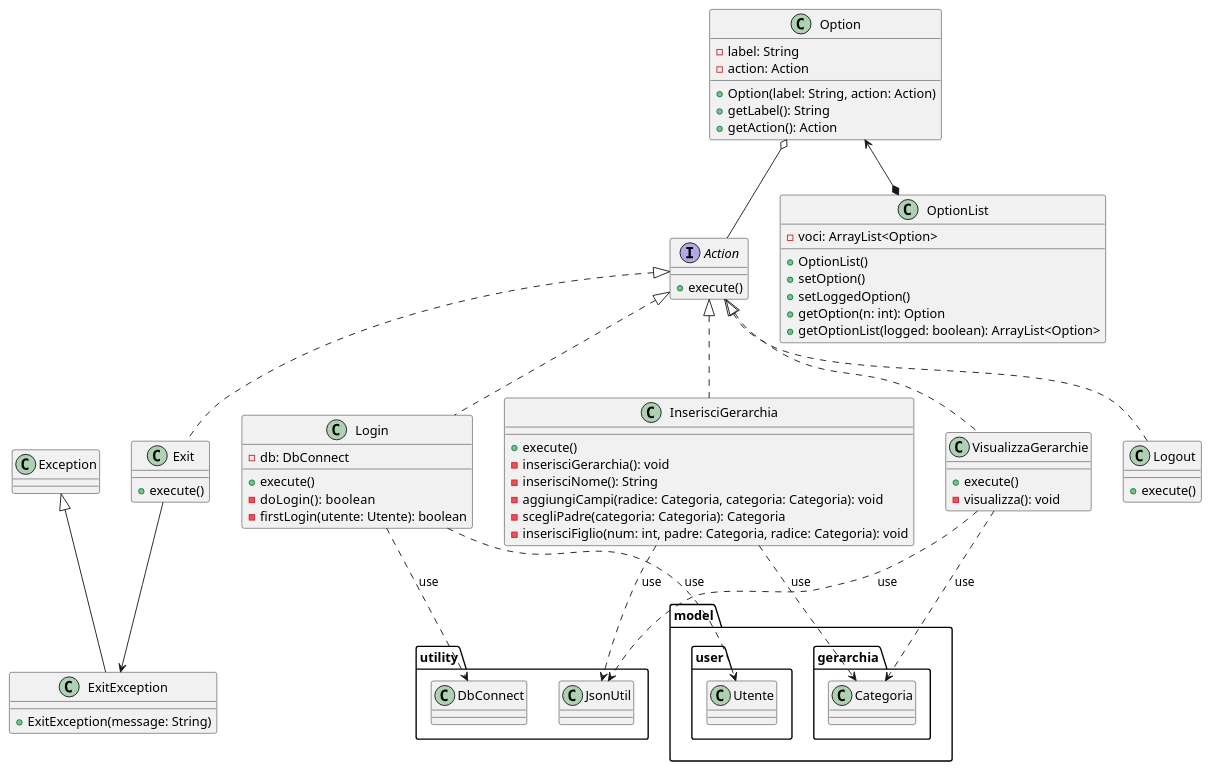
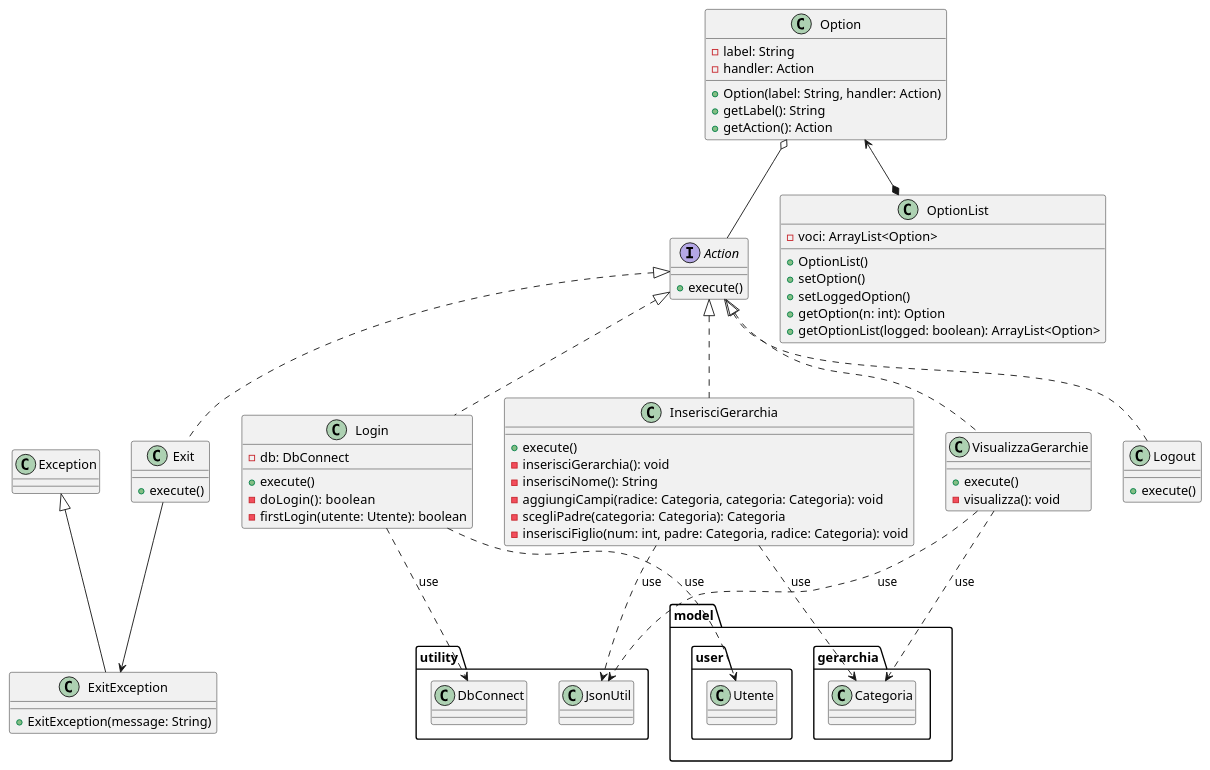
One commit to bernagit/IngegneriaSoftware changed the diagram in Documentation/Ver1/controller.puml. Above: the diagram before and after it, drawn with PlantUML. The commit also changed 28 other files, not shown here.

```diff
--- a/Documentation/Ver1/controller.puml
+++ b/Documentation/Ver1/controller.puml
@@ -1,70 +1,70 @@
 @startuml controller
 
 interface Action{
     +execute()
 }
 
 class Option{
     -label: String
-    -action: Action
-    +Option(label: String, action: Action)
+    -handler: Action
+    +Option(label: String, handler: Action)
     +getLabel(): String
     +getAction(): Action
 }
 
 class OptionList{
     -voci: ArrayList<Option>
     +OptionList()
     +setOption()
     +setLoggedOption()
     +getOption(n: int): Option
     +getOptionList(logged: boolean): ArrayList<Option>
 }
 
 Option <--* OptionList
 Option o-- Action
 
 class ExitException extends Exception{
     +ExitException(message: String)
 }
 class Exit implements Action{
     +execute()
 }
 
 Exit --> ExitException
 
 class Login implements Action{
     -db: DbConnect
     +execute()
     -doLogin():  boolean
     -firstLogin(utente: Utente): boolean
 }
 
 class Logout implements Action{
     +execute()
 }
 
 class InserisciGerarchia implements Action{
     +execute()
     -inserisciGerarchia(): void
     -inserisciNome(): String
     -aggiungiCampi(radice: Categoria, categoria: Categoria): void
     -scegliPadre(categoria: Categoria): Categoria
     -inserisciFiglio(num: int, padre: Categoria, radice: Categoria): void
 
 }
 
 class VisualizzaGerarchie implements Action{
     +execute()
     -visualizza(): void
 }
 
 Login ..> model.user.Utente: use
 Login ..> utility.DbConnect: use
 InserisciGerarchia ..> model.gerarchia.Categoria: use
 VisualizzaGerarchie ..> model.gerarchia.Categoria: use
 InserisciGerarchia ..> utility.JsonUtil: use
 VisualizzaGerarchie ..> utility.JsonUtil: use
 
 
 @enduml
```
